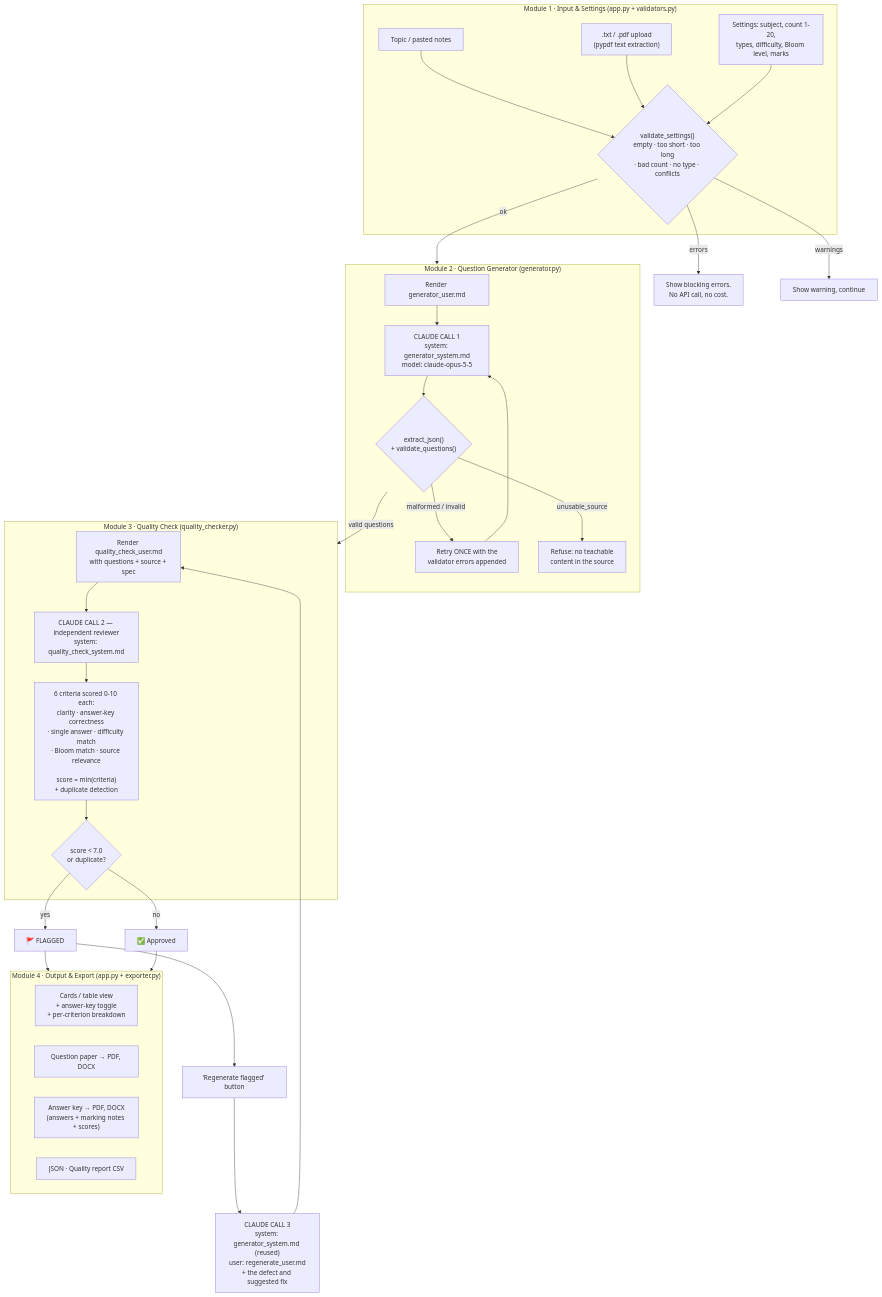
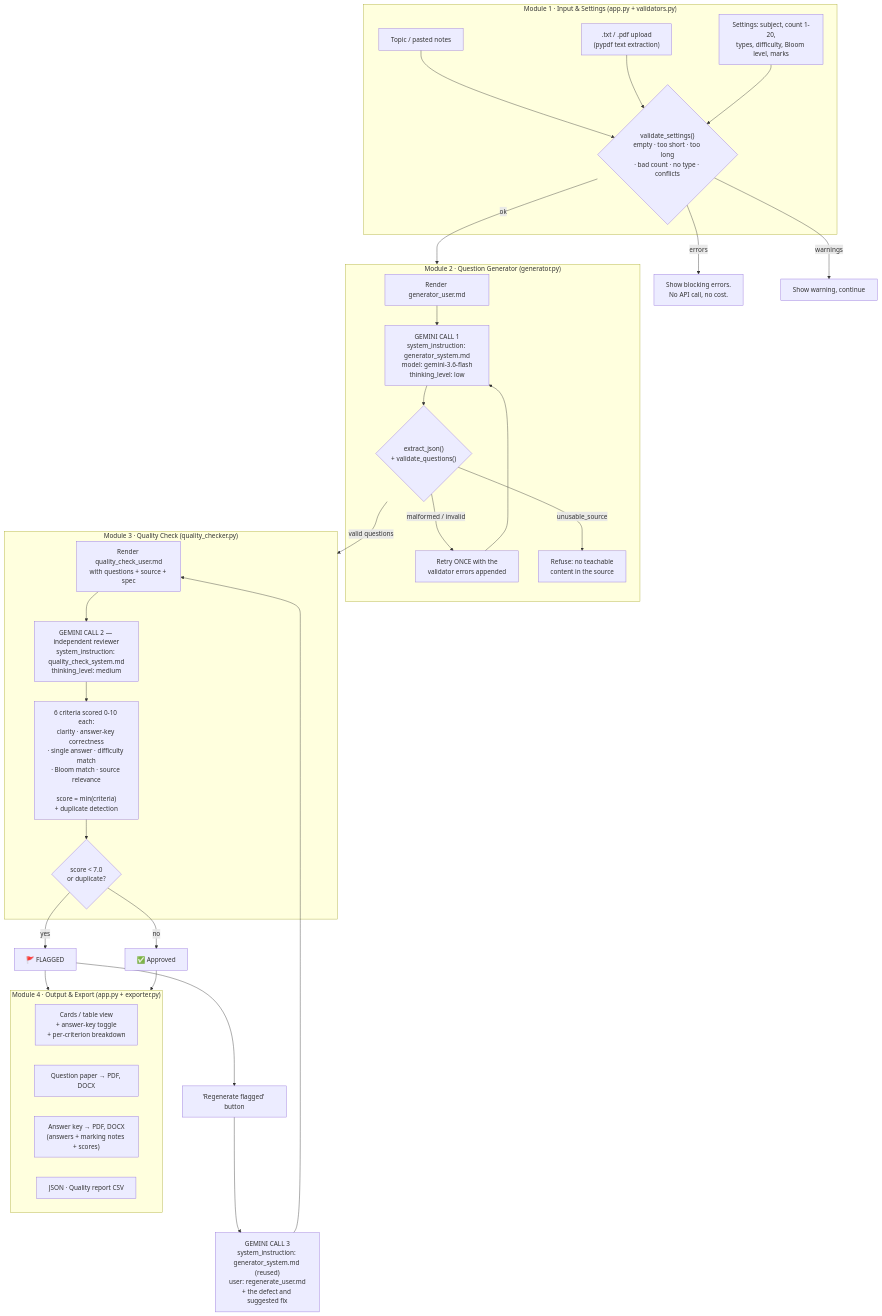
One commit to adityatkr/exam-question-generator changed the diagram in README.md. Above: the diagram before and after it, drawn with Mermaid. The commit also changed other lines of this file, not shown here.

First line of the commit message:
Rewrite README for Gemini, and document the model choice

````diff
--- a/README.md
+++ b/README.md
@@ -38,53 +39,53 @@
 ```mermaid
 flowchart TD
     subgraph M1["Module 1 · Input & Settings (app.py + validators.py)"]
         A1["Topic / pasted notes"]
         A2[".txt / .pdf upload<br/>(pypdf text extraction)"]
         A3["Settings: subject, count 1-20,<br/>types, difficulty, Bloom level, marks"]
         A4{"validate_settings()<br/>empty · too short · too long<br/>· bad count · no type · conflicts"}
         A1 --> A4
         A2 --> A4
         A3 --> A4
     end
 
     A4 -- "errors" --> E1["Show blocking errors.<br/>No API call, no cost."]
     A4 -- "warnings" --> A5["Show warning, continue"]
     A4 -- "ok" --> M2
 
     subgraph M2["Module 2 · Question Generator (generator.py)"]
         B1["Render generator_user.md"]
-        B2["CLAUDE CALL 1<br/>system: generator_system.md<br/>model: claude-opus-5-5"]
+        B2["GEMINI CALL 1<br/>system_instruction: generator_system.md<br/>model: gemini-3.6-flash<br/>thinking_level: low"]
         B3{"extract_json()<br/>+ validate_questions()"}
         B1 --> B2 --> B3
         B3 -- "malformed / invalid" --> B4["Retry ONCE with the<br/>validator errors appended"]
         B4 --> B2
         B3 -- "unusable_source" --> E2["Refuse: no teachable<br/>content in the source"]
     end
 
     B3 -- "valid questions" --> M3
 
     subgraph M3["Module 3 · Quality Check (quality_checker.py)"]
         C1["Render quality_check_user.md<br/>with questions + source + spec"]
-        C2["CLAUDE CALL 2 — independent reviewer<br/>system: quality_check_system.md"]
+        C2["GEMINI CALL 2 — independent reviewer<br/>system_instruction: quality_check_system.md<br/>thinking_level: medium"]
         C3["6 criteria scored 0-10 each:<br/>clarity · answer-key correctness<br/>· single answer · difficulty match<br/>· Bloom match · source relevance<br/><br/>score = min(criteria)<br/>+ duplicate detection"]
         C4{"score < 7.0<br/>or duplicate?"}
         C1 --> C2 --> C3 --> C4
     end
 
     C4 -- "yes" --> D1["🚩 FLAGGED"]
     C4 -- "no" --> D2["✅ Approved"]
 
     D1 --> R1["'Regenerate flagged' button"]
-    R1 --> R2["CLAUDE CALL 3<br/>system: generator_system.md (reused)<br/>user: regenerate_user.md<br/>+ the defect and suggested fix"]
+    R1 --> R2["GEMINI CALL 3<br/>system_instruction: generator_system.md (reused)<br/>user: regenerate_user.md<br/>+ the defect and suggested fix"]
     R2 --> C1
 
     D1 --> M4
     D2 --> M4
 
     subgraph M4["Module 4 · Output & Export (app.py + exporter.py)"]
         F1["Cards / table view<br/>+ answer-key toggle<br/>+ per-criterion breakdown"]
         F2["Question paper → PDF, DOCX"]
         F3["Answer key → PDF, DOCX<br/>(answers + marking notes + scores)"]
         F4["JSON · Quality report CSV"]
     end
 ```
````
